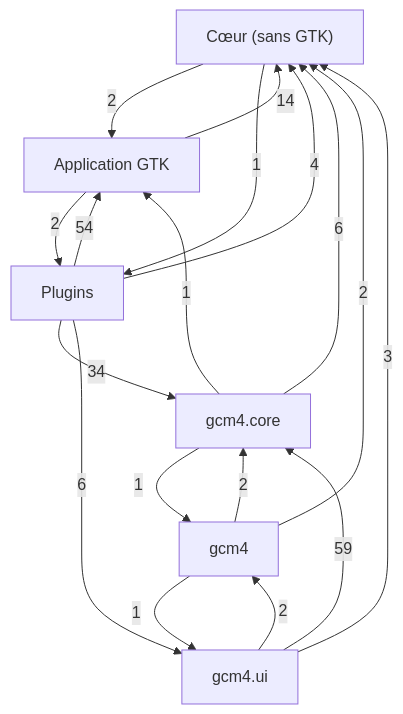
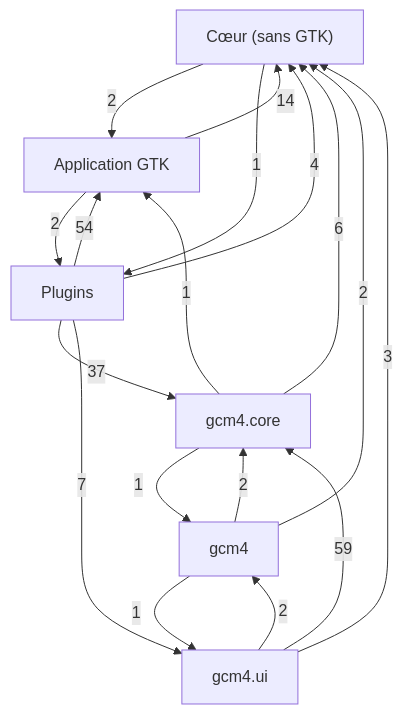
The first of 7 diagrams in docs/class-diagram.md (Mathilde-Team/Gcm4), drawn with Mermaid before and after one commit. The commit also changed other lines of this file and 33 other files, not shown here.

````diff
--- a/docs/class-diagram.md
+++ b/docs/class-diagram.md
@@ -21,26 +21,26 @@
 ```mermaid
 flowchart TD
     g0["Cœur (sans GTK)"]
     g1["Application GTK"]
     g2["Plugins"]
     g3["gcm4"]
     g4["gcm4.core"]
     g5["gcm4.ui"]
     g1 -->|14| g0
     g1 -->|2| g2
     g0 -->|2| g1
     g0 -->|1| g2
     g2 -->|54| g1
     g2 -->|4| g0
-    g2 -->|34| g4
-    g2 -->|6| g5
+    g2 -->|37| g4
+    g2 -->|7| g5
     g3 -->|2| g0
     g3 -->|2| g4
     g3 -->|1| g5
     g4 -->|1| g1
     g4 -->|6| g0
     g4 -->|1| g3
     g5 -->|3| g0
     g5 -->|2| g3
     g5 -->|59| g4
 ```
````
